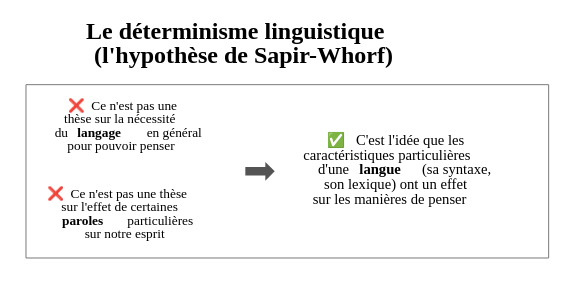
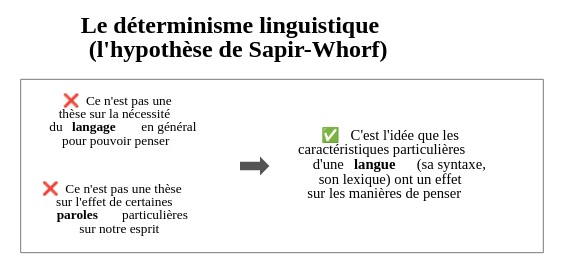
Before and after one commit to eyssette/graphviz-examples: the diagram in evolution/determinisme-linguistique.dot, drawn with Graphviz.

```diff
--- a/evolution/determinisme-linguistique.dot
+++ b/evolution/determinisme-linguistique.dot
@@ -1,46 +1,47 @@
 digraph G {
 // Template : evolution
 // Usage : 
 rankdir=LR
 label=<<b>Le déterminisme linguistique <br/>(l'hypothèse de Sapir-Whorf)</b><br/>>
 labelloc=t
 fontsize=18
 ranksep=0.1
+pad=0
 
 subgraph cluster_0{
 label=""
 color=grey44
 penwidth=0.7
 
 node[shape=rect, style=rounded, color=white,fontsize=10]
 {
 rank=same    
 //non4[label=""]
 //non3[label=""]
 non2[label=<❌  Ce n'est pas une<br/>
 thèse sur la nécessité<br/>
 du <b>langage  </b>en général<br/>
 pour pouvoir penser>]
 non1[label=<❌  Ce n'est pas une thèse<br/>
 sur l'effet de certaines<br/>
 <b>paroles  </b>particulières<br/>
 sur notre esprit>]
 }->
 fleche[style=invis,minlen=1]
 
 fleche->
 {
 node[fontsize=11]
 oui1[label=<✅   C'est l'idée que les<br/>
 caractéristiques particulières<br/>
 d'une<b>langue </b>(sa syntaxe,<br/>
 son lexique) ont un effet<br/>
 sur les manières de penser>]}
 [style=invis,minlen=2]
 
 
 fleche[shape=rarrow,label="",color=grey33, height=0.03, width=0.22, fillcolor=grey33, style="filled", penwidth=5]
 
 }
 
 }
```
